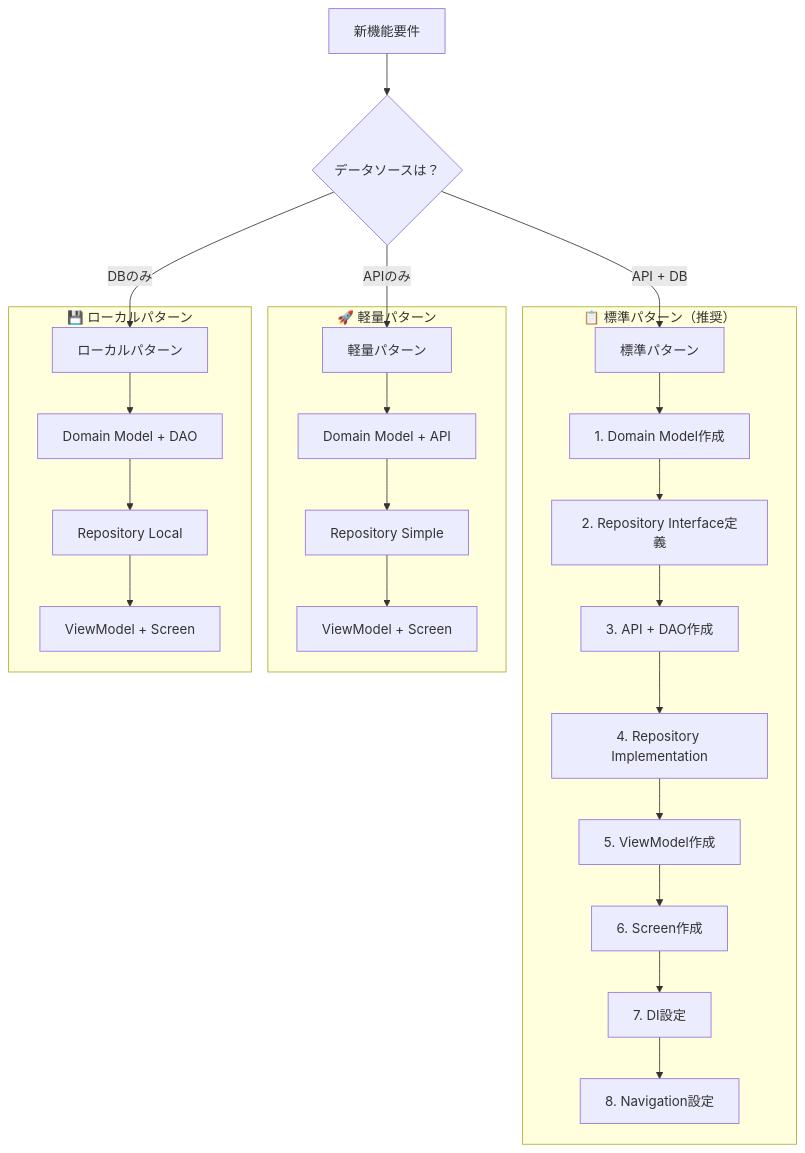
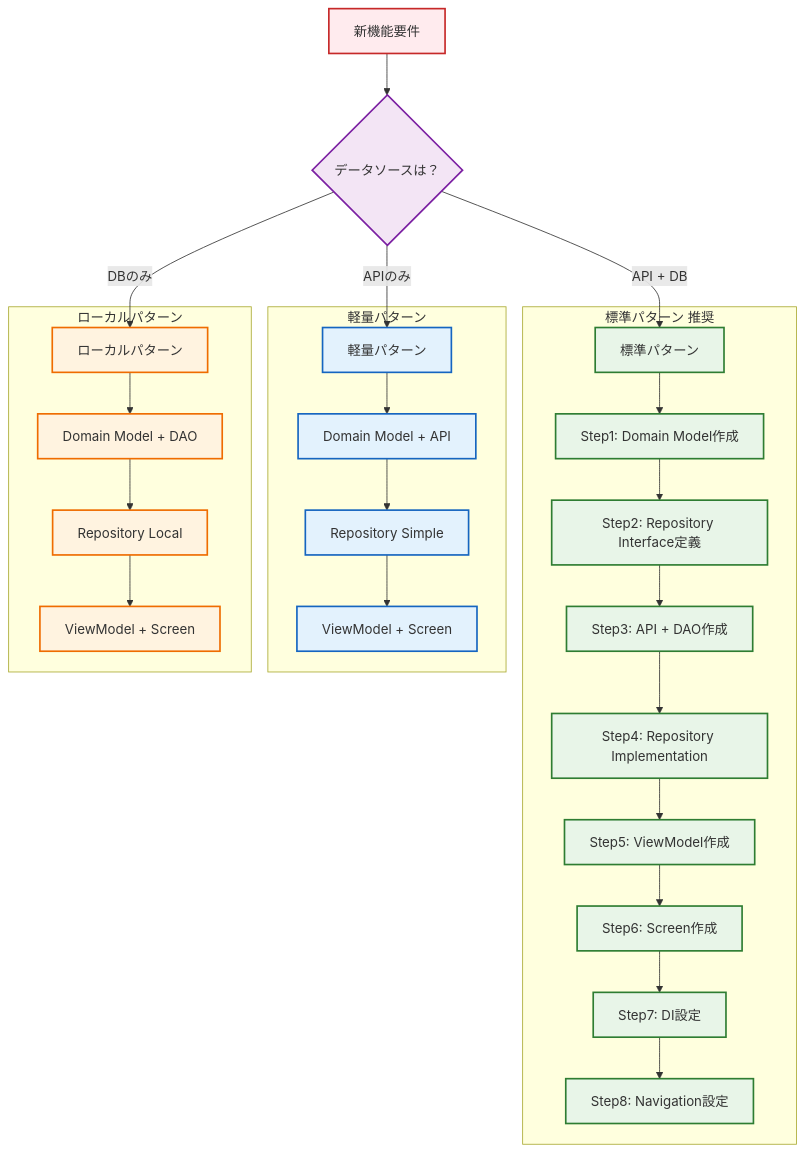
One commit to shimanukims/android-base changed the second of 10 diagrams in ARCHITECTURE_GUIDE.md. Above: the diagram before and after it, drawn with Mermaid. The commit also changed other lines of this file, not shown here.

Commit message:
change architecture guide

````diff
--- a/ARCHITECTURE_GUIDE.md
+++ b/ARCHITECTURE_GUIDE.md
@@ -63,31 +167,44 @@
 ```mermaid
 flowchart TD
     A[新機能要件] --> B{データソースは？}
     
     B -->|API + DB| C[標準パターン]
     B -->|APIのみ| D[軽量パターン]
     B -->|DBのみ| E[ローカルパターン]
     
-    subgraph "📋 標準パターン（推奨）"
-        C --> C1[1. Domain Model作成]
-        C1 --> C2[2. Repository Interface定義]
-        C2 --> C3[3. API + DAO作成]
-        C3 --> C4[4. Repository Implementation]
-        C4 --> C5[5. ViewModel作成]
-        C5 --> C6[6. Screen作成]
-        C6 --> C7[7. DI設定]
-        C7 --> C8[8. Navigation設定]
+    subgraph StandardPattern ["標準パターン 推奨"]
+        C --> C1["Step1: Domain Model作成"]
+        C1 --> C2["Step2: Repository Interface定義"]
+        C2 --> C3["Step3: API + DAO作成"]
+        C3 --> C4["Step4: Repository Implementation"]
+        C4 --> C5["Step5: ViewModel作成"]
+        C5 --> C6["Step6: Screen作成"]
+        C6 --> C7["Step7: DI設定"]
+        C7 --> C8["Step8: Navigation設定"]
     end
     
-    subgraph "🚀 軽量パターン"
-        D --> D1[Domain Model + API]
-        D1 --> D2[Repository Simple]
-        D2 --> D3[ViewModel + Screen]
+    subgraph LightPattern ["軽量パターン"]
+        D --> D1["Domain Model + API"]
+        D1 --> D2["Repository Simple"]
+        D2 --> D3["ViewModel + Screen"]
     end
     
-    subgraph "💾 ローカルパターン"
-        E --> E1[Domain Model + DAO]
-        E1 --> E2[Repository Local]
-        E2 --> E3[ViewModel + Screen]
+    subgraph LocalPattern ["ローカルパターン"]
+        E --> E1["Domain Model + DAO"]
+        E1 --> E2["Repository Local"]
+        E2 --> E3["ViewModel + Screen"]
     end
+    
+    %% スタイリング
+    classDef startStyle fill:#ffebee,stroke:#c62828,stroke-width:2px
+    classDef decisionStyle fill:#f3e5f5,stroke:#7b1fa2,stroke-width:2px
+    classDef standardStyle fill:#e8f5e8,stroke:#2e7d32,stroke-width:2px
+    classDef lightStyle fill:#e3f2fd,stroke:#1565c0,stroke-width:2px
+    classDef localStyle fill:#fff3e0,stroke:#ef6c00,stroke-width:2px
+    
+    class A startStyle
+    class B decisionStyle
+    class C,C1,C2,C3,C4,C5,C6,C7,C8 standardStyle
+    class D,D1,D2,D3 lightStyle
+    class E,E1,E2,E3 localStyle
 ```
````
